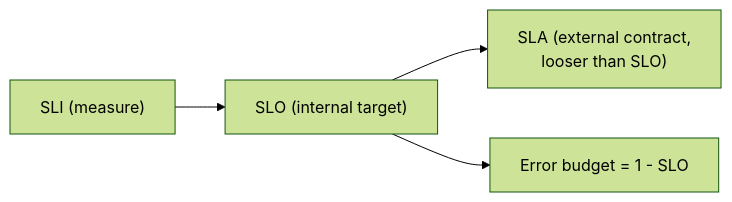
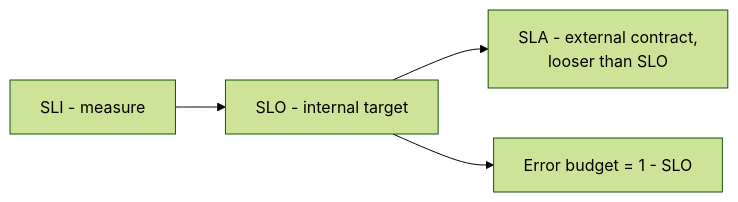
One commit to RIT-MESH/system-design-mastery changed the first of 2 diagrams in docs/06-reliability/00-sli-slo-sla-error-budgets.md. Above: the diagram before and after it, drawn with Mermaid (forest theme). The commit also changed other lines of this file and 139 other files, not shown here.

First line of the commit message:
Fix Mermaid parse errors: replace parentheses in node labels across 140 files

````diff
--- a/docs/06-reliability/00-sli-slo-sla-error-budgets.md
+++ b/docs/06-reliability/00-sli-slo-sla-error-budgets.md
@@ -19,7 +19,7 @@
 ```mermaid
 %% created-for: system-design-mastery
 flowchart LR
-  SLI["SLI (measure)"] --> SLO["SLO (internal target)"]
-  SLO --> SLA["SLA (external contract,<br/>looser than SLO)"]
+  SLI["SLI - measure"] --> SLO["SLO - internal target"]
+  SLO --> SLA["SLA - external contract,<br/>looser than SLO"]
   SLO --> EB["Error budget = 1 - SLO"]
 ```
````
